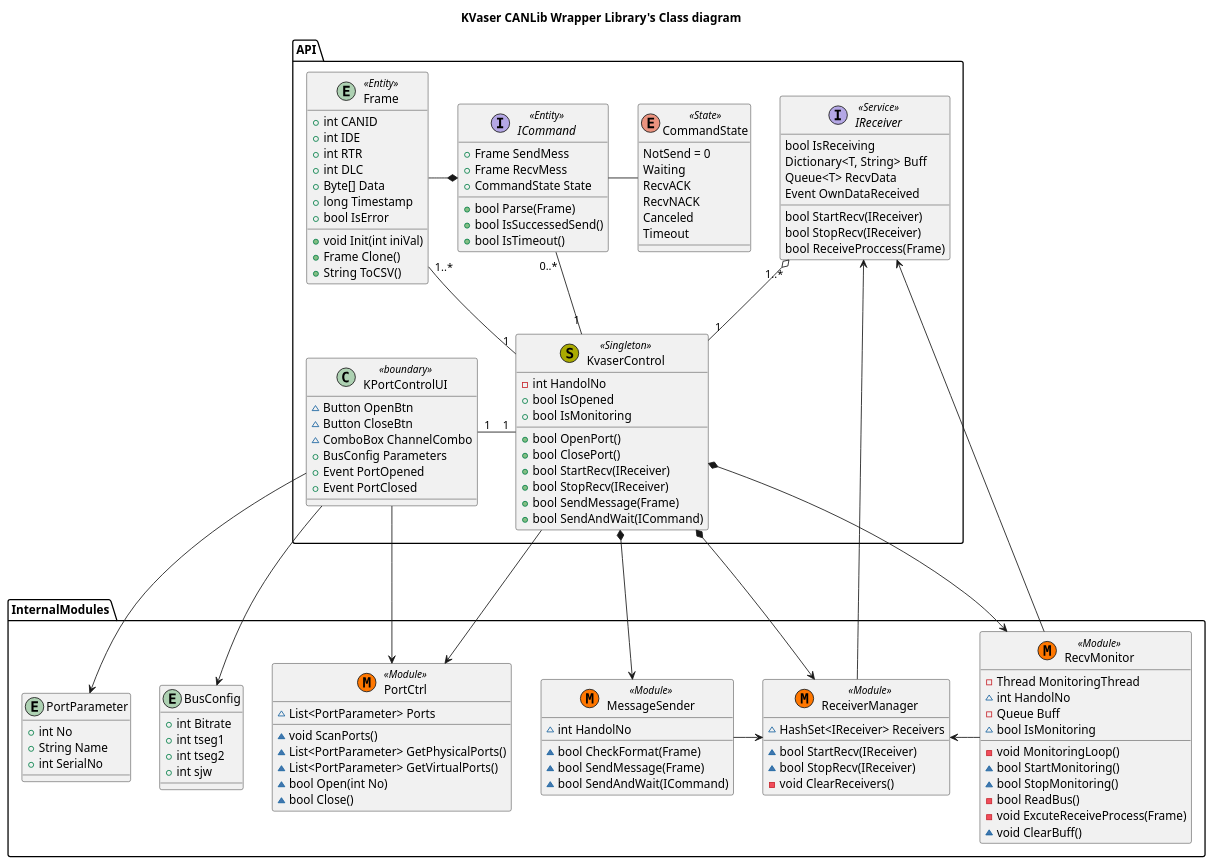
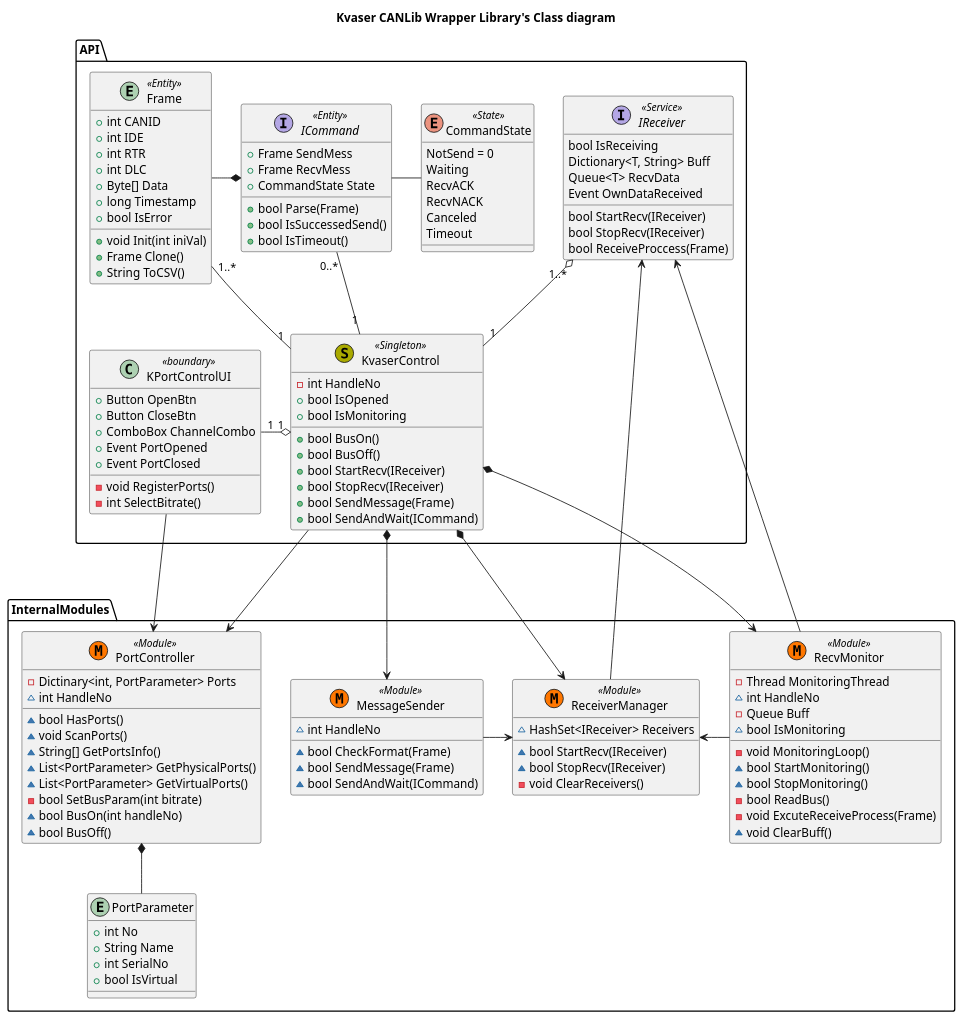
One commit to hiratashinnya/KvaserCANLib changed the diagram in docs/Class.wsd. Above: the diagram before and after it, drawn with PlantUML.

Commit message:
[docs][class][修正]ポート操作処理修正・誤記訂正
・OpenPort()/ClosePort()をBusOn/BusOffに改名
・PortParameterを変更
・Bitrate設定を修正
　Busパラメータ調整のロジックがよくわからないため、CANlibの提供するデフォルト設定のみに修正する。
・チャンネル情報取得を修正
　CANlibのAPIで取得できる情報がわかりにくいため変更する。

```diff
--- a/docs/Class.wsd
+++ b/docs/Class.wsd
@@ -1,148 +1,147 @@
 @startuml
 
-title "KVaser CANLib Wrapper Library's Class diagram"
+title "Kvaser CANLib Wrapper Library's Class diagram"
 
 package API{
 
     class KPortControlUI<<boundary>>{
-        ~Button OpenBtn
-        ~Button CloseBtn
-        ~ComboBox ChannelCombo
-        +BusConfig Parameters
+        +Button OpenBtn
+        +Button CloseBtn
+        +ComboBox ChannelCombo
+        -void RegisterPorts()
+        -int SelectBitrate()
         +Event PortOpened
         +Event PortClosed
     }
 
     class KvaserControl<< (S, #AAAA00) Singleton>>{
-        -int HandolNo
+        -int HandleNo
         +bool IsOpened
         +bool IsMonitoring
-        +bool OpenPort()
-        +bool ClosePort()
+        +bool BusOn()
+        +bool BusOff()
         +bool StartRecv(IReceiver)
         +bool StopRecv(IReceiver)
         +bool SendMessage(Frame)
         +bool SendAndWait(ICommand)
     }
 
     entity Frame<<Entity>>{
         +int CANID
         +int IDE
         +int RTR
         +int DLC
         +Byte[] Data
         +long Timestamp
         +bool IsError
         +void Init(int iniVal)
         +Frame Clone()
         +String ToCSV()
     }
 
     Interface IReceiver<<Service>>{
         bool IsReceiving
         Dictionary<T, String> Buff
         Queue<T> RecvData
         Event OwnDataReceived
         bool StartRecv(IReceiver)
         bool StopRecv(IReceiver)
         bool ReceiveProccess(Frame)
     }
 
     Interface ICommand<<Entity>>{
         +Frame SendMess
         +Frame RecvMess
         +CommandState State
         +bool Parse(Frame)
         +bool IsSuccessedSend()
         +bool IsTimeout()
     }
 
     Enum CommandState<<State>>{
         NotSend = 0
         Waiting
         RecvACK
         RecvNACK
         Canceled
         Timeout
     }
 
-    KPortControlUI "1" -l "1" KvaserControl
+    KPortControlUI "1" -l-o "1" KvaserControl
 
     KvaserControl "1" -l "1..*" Frame
     KvaserControl "1" -u-o "1..*" IReceiver
     KvaserControl "1" -u- "0..*" ICommand
 
     ICommand - CommandState
     ICommand *-l Frame
 }
 
 package InternalModules{
-    class PortCtrl<< (M, #FF7700) Module>>{
-        ~{field} List<PortParameter> Ports
+    class PortController<< (M, #FF7700) Module>>{
+        -{field} Dictinary<int, PortParameter> Ports
+        ~int HandleNo
+        ~bool HasPorts()
         ~void ScanPorts()
+        ~String[] GetPortsInfo()
         ~List<PortParameter> GetPhysicalPorts()
         ~List<PortParameter> GetVirtualPorts()
-        ~bool Open(int No)
-        ~bool Close()
-    }
-
-    entity BusConfig{
-        +int Bitrate
-        +int tseg1
-        +int tseg2
-        +int sjw
+        -bool SetBusParam(int bitrate)
+        ~bool BusOn(int handleNo)
+        ~bool BusOff()
     }
 
     entity PortParameter{
         +int No
         +String Name
         +int SerialNo
+        +bool IsVirtual
     }
 
     class RecvMonitor<< (M, #FF7700) Module>>{
         -Thread MonitoringThread
-        ~int HandolNo
+        ~int HandleNo
         -Queue Buff
         ~bool IsMonitoring
         -void MonitoringLoop()
         ~bool StartMonitoring()
         ~bool StopMonitoring()
         -bool ReadBus()
         -void ExcuteReceiveProcess(Frame)
         ~void ClearBuff()
     }
 
     class ReceiverManager<< (M, #FF7700) Module>>{
         ~HashSet<IReceiver> Receivers
         ~bool StartRecv(IReceiver)
         ~bool StopRecv(IReceiver)
         -void ClearReceivers()
     }
 
     class MessageSender<< (M, #FF7700) Module>>{
-        ~int HandolNo
+        ~int HandleNo
         ~bool CheckFormat(Frame)
         ~bool SendMessage(Frame)
         ~bool SendAndWait(ICommand)
     }
 
     RecvMonitor -l> ReceiverManager
     MessageSender -> ReceiverManager
+    
+    PortController *-- PortParameter
 }
 
 
-KPortControlUI ---> PortCtrl
-KPortControlUI --> PortParameter
-KPortControlUI --> BusConfig
+KPortControlUI ---> PortController
 
-KvaserControl ---> PortCtrl
+KvaserControl ---> PortController
 KvaserControl *---> RecvMonitor
 KvaserControl *---> ReceiverManager
 KvaserControl *---> MessageSender
 
 IReceiver <-- ReceiverManager
 IReceiver <-- RecvMonitor
 
 
 
 @enduml
```
